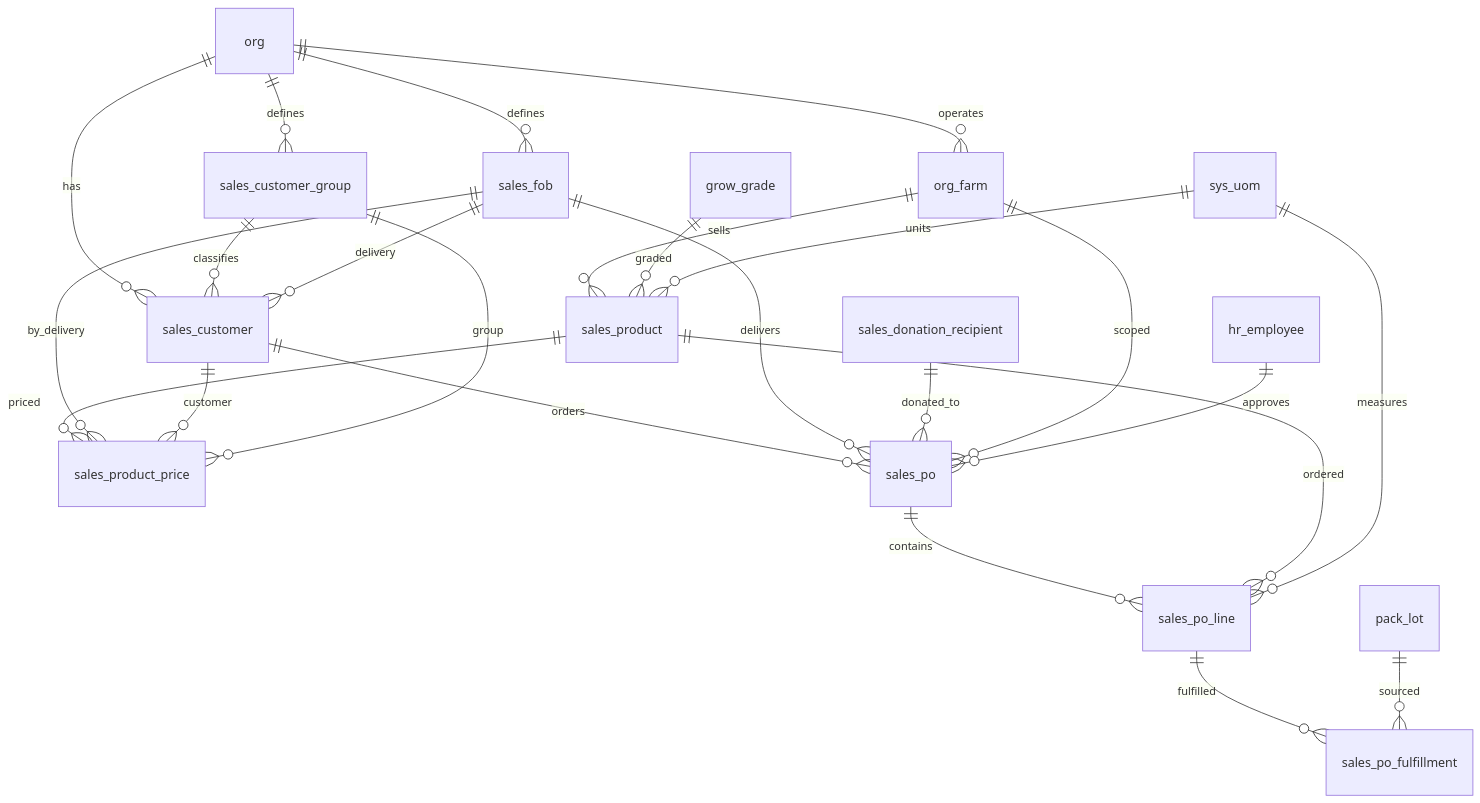
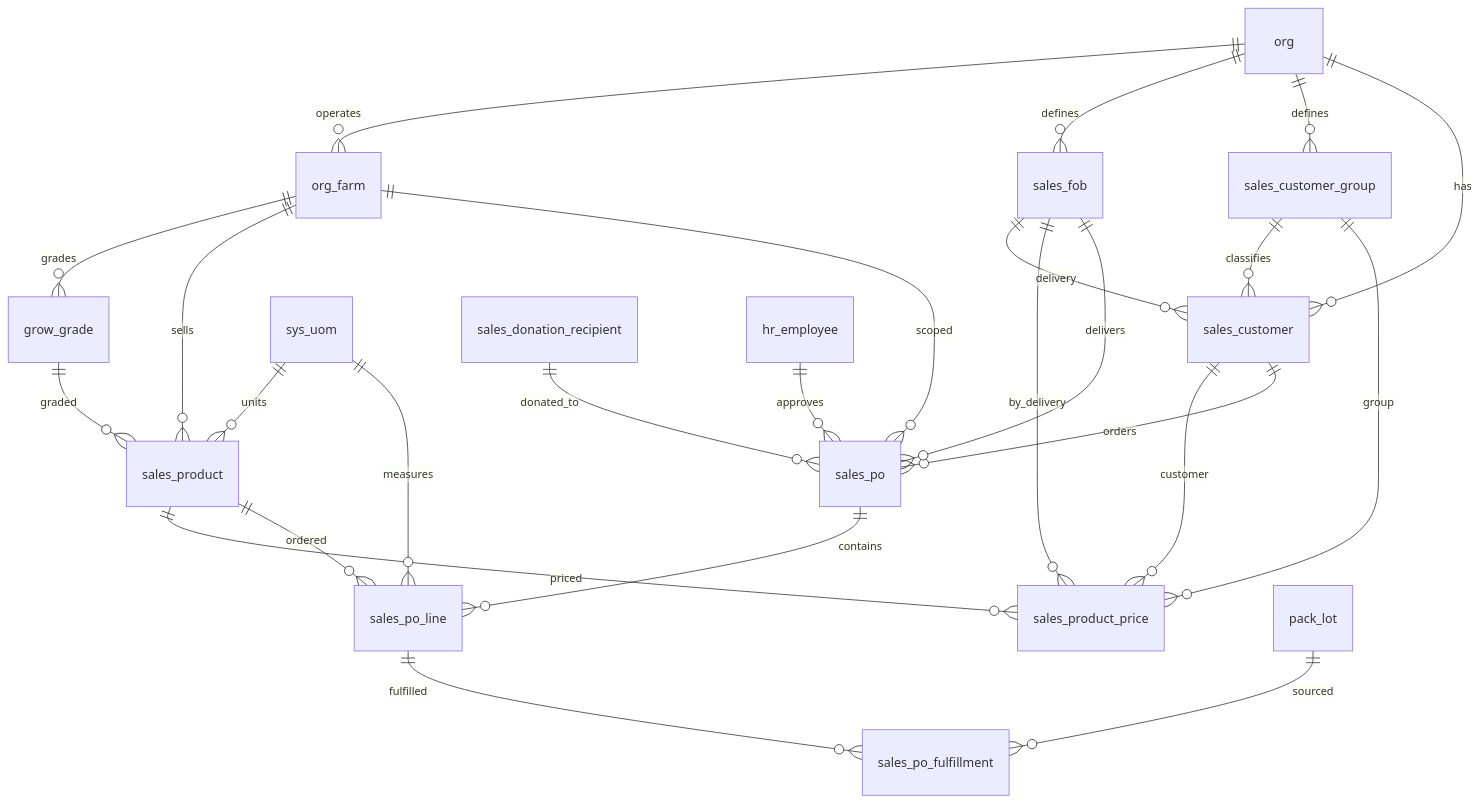
The diagram in docs/schemas/20260324_08_sales.md (Hawaii-Farming/aloha-app), drawn with Mermaid before and after one commit. The commit also changed other lines of this file and 20 other files, not shown here.

````diff
--- a/docs/schemas/20260324_08_sales.md
+++ b/docs/schemas/20260324_08_sales.md
@@ -11,26 +9,27 @@
 ```mermaid
 erDiagram
     org ||--o{ org_farm : operates
     org ||--o{ sales_fob : defines
     org ||--o{ sales_customer_group : defines
     org ||--o{ sales_customer : has
     sales_customer_group ||--o{ sales_customer : classifies
     sales_fob ||--o{ sales_customer : delivery
+    org_farm ||--o{ grow_grade : grades
     org_farm ||--o{ sales_product : sells
     grow_grade ||--o{ sales_product : graded
     sys_uom ||--o{ sales_product : units
     sales_product ||--o{ sales_product_price : priced
     sales_fob ||--o{ sales_product_price : by_delivery
     sales_customer ||--o{ sales_product_price : customer
     sales_customer_group ||--o{ sales_product_price : group
     sales_customer ||--o{ sales_po : orders
     sales_fob ||--o{ sales_po : delivers
     sales_donation_recipient ||--o{ sales_po : donated_to
     org_farm ||--o{ sales_po : scoped
     sales_po ||--o{ sales_po_line : contains
     sales_product ||--o{ sales_po_line : ordered
     sys_uom ||--o{ sales_po_line : measures
     sales_po_line ||--o{ sales_po_fulfillment : fulfilled
     pack_lot ||--o{ sales_po_fulfillment : sourced
     hr_employee ||--o{ sales_po : approves
 ```
````
